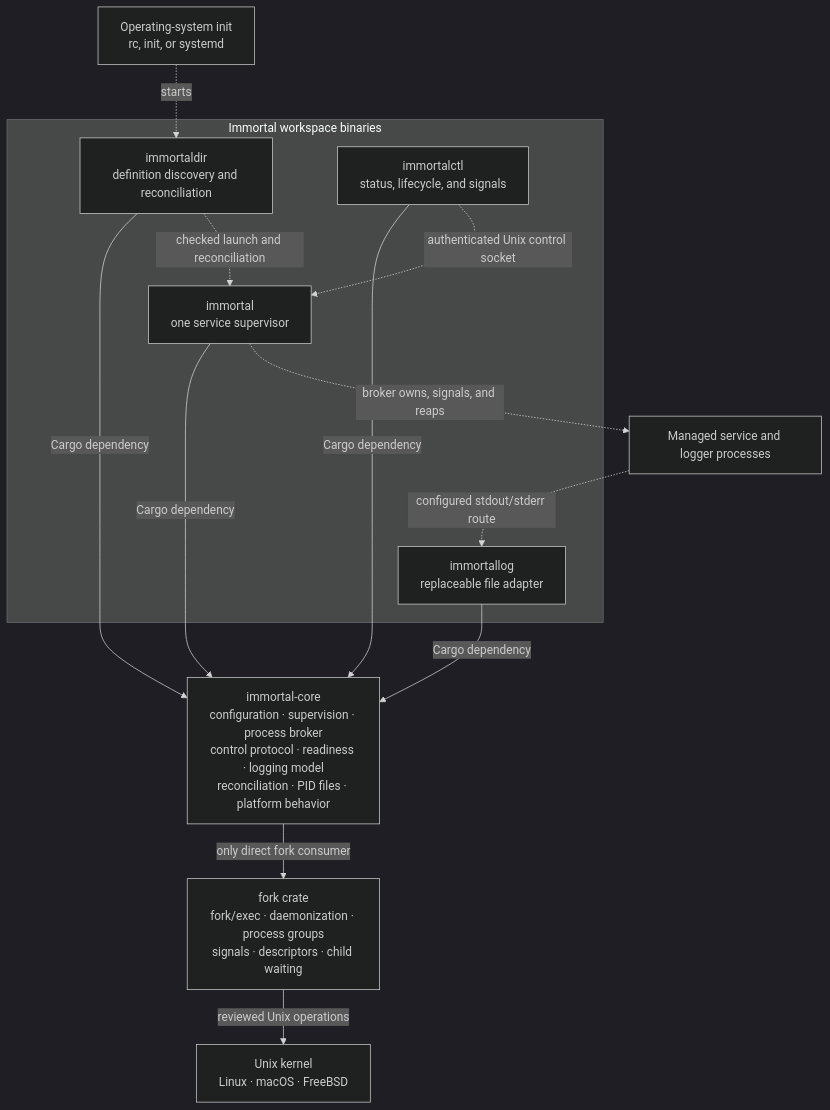
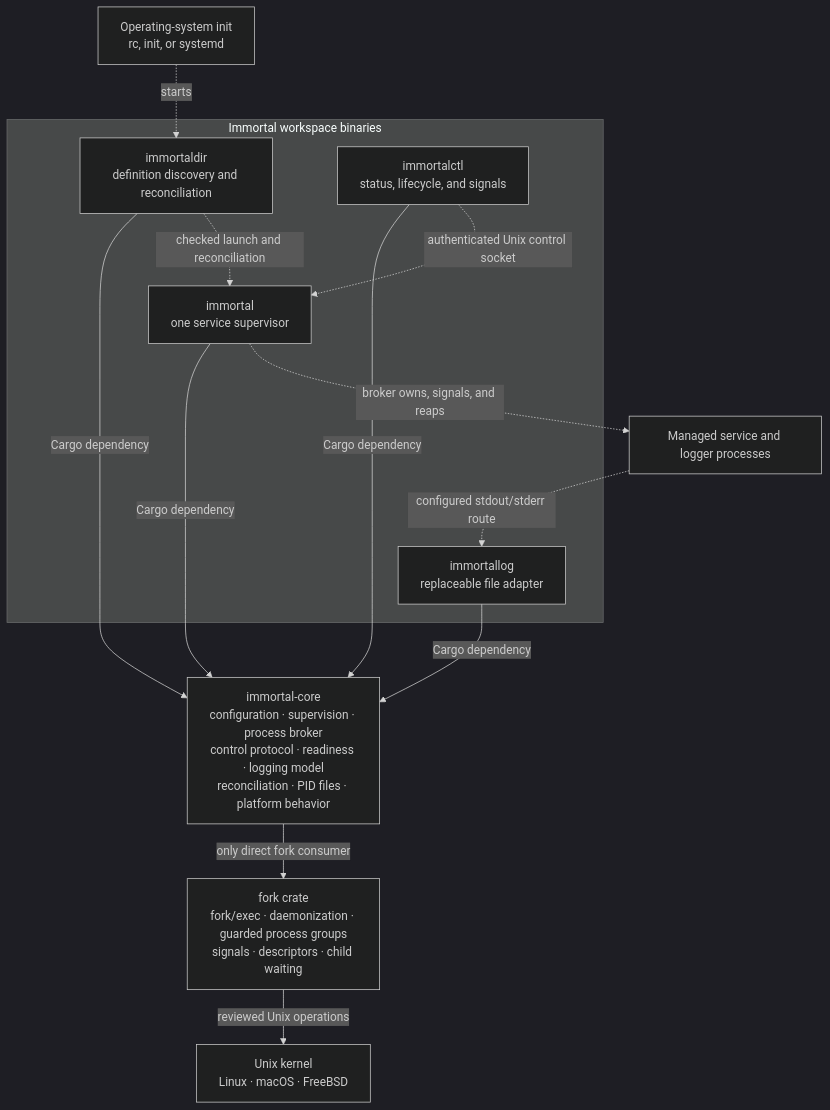
Before and after one commit to immortal/immortal: the diagram in README.md, drawn with Mermaid (dark theme). The commit also changed other lines of this file and 14 other files, not shown here.

Commit message:
guard broker-owned process groups

````diff
--- a/README.md
+++ b/README.md
@@ -138,29 +155,29 @@
 ```mermaid
 flowchart TB
     init["Operating-system init<br/>rc, init, or systemd"]
 
     subgraph binaries["Immortal workspace binaries"]
         dir["immortaldir<br/>definition discovery and reconciliation"]
         daemon["immortal<br/>one service supervisor"]
         ctl["immortalctl<br/>status, lifecycle, and signals"]
         log["immortallog<br/>replaceable file adapter"]
     end
 
     core["immortal-core<br/>configuration · supervision · process broker<br/>control protocol · readiness · logging model<br/>reconciliation · PID files · platform behavior"]
-    fork["fork crate<br/>fork/exec · daemonization · process groups<br/>signals · descriptors · child waiting"]
+    fork["fork crate<br/>fork/exec · daemonization · guarded process groups<br/>signals · descriptors · child waiting"]
     kernel["Unix kernel<br/>Linux · macOS · FreeBSD"]
     service["Managed service and logger processes"]
 
     daemon -->|Cargo dependency| core
     ctl -->|Cargo dependency| core
     dir -->|Cargo dependency| core
     log -->|Cargo dependency| core
     core -->|only direct fork consumer| fork
     fork -->|reviewed Unix operations| kernel
 
     init -.->|starts| dir
     dir -.->|checked launch and reconciliation| daemon
     ctl -.->|authenticated Unix control socket| daemon
     daemon -.->|broker owns, signals, and reaps| service
     service -.->|configured stdout/stderr route| log
 ```
````
